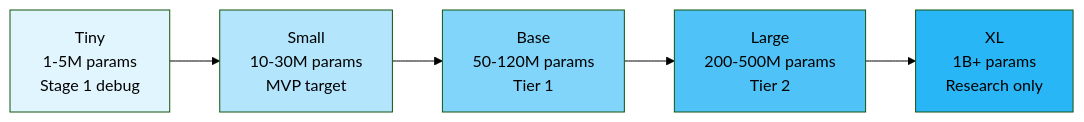
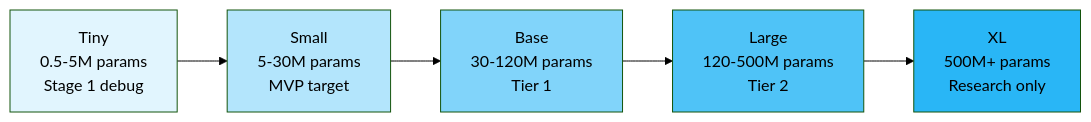
The third of 3 diagrams in README.md (NikitaS2001/hydroacoustic-doa), drawn with Mermaid (forest theme) before and after one commit. The commit also changed other lines of this file, not shown here.

First line of the commit message:
docs(readme): align research documentation navigation

````diff
--- a/README.md
+++ b/README.md
@@ -86,13 +89,13 @@
 ```mermaid
 graph LR
-    A[Tiny<br/>1-5M params<br/>Stage 1 debug] --> B[Small<br/>10-30M params<br/>MVP target]
-    B --> C[Base<br/>50-120M params<br/>Tier 1]
-    C --> D[Large<br/>200-500M params<br/>Tier 2]
-    D --> E[XL<br/>1B+ params<br/>Research only]
+    A[Tiny<br/>0.5-5M params<br/>Stage 1 debug] --> B[Small<br/>5-30M params<br/>MVP target]
+    B --> C[Base<br/>30-120M params<br/>Tier 1]
+    C --> D[Large<br/>120-500M params<br/>Tier 2]
+    D --> E[XL<br/>500M+ params<br/>Research only]
     
     style A fill:#e1f5fe
     style B fill:#b3e5fc
     style C fill:#81d4fa
     style D fill:#4fc3f7
     style E fill:#29b6f6
 ```
````
